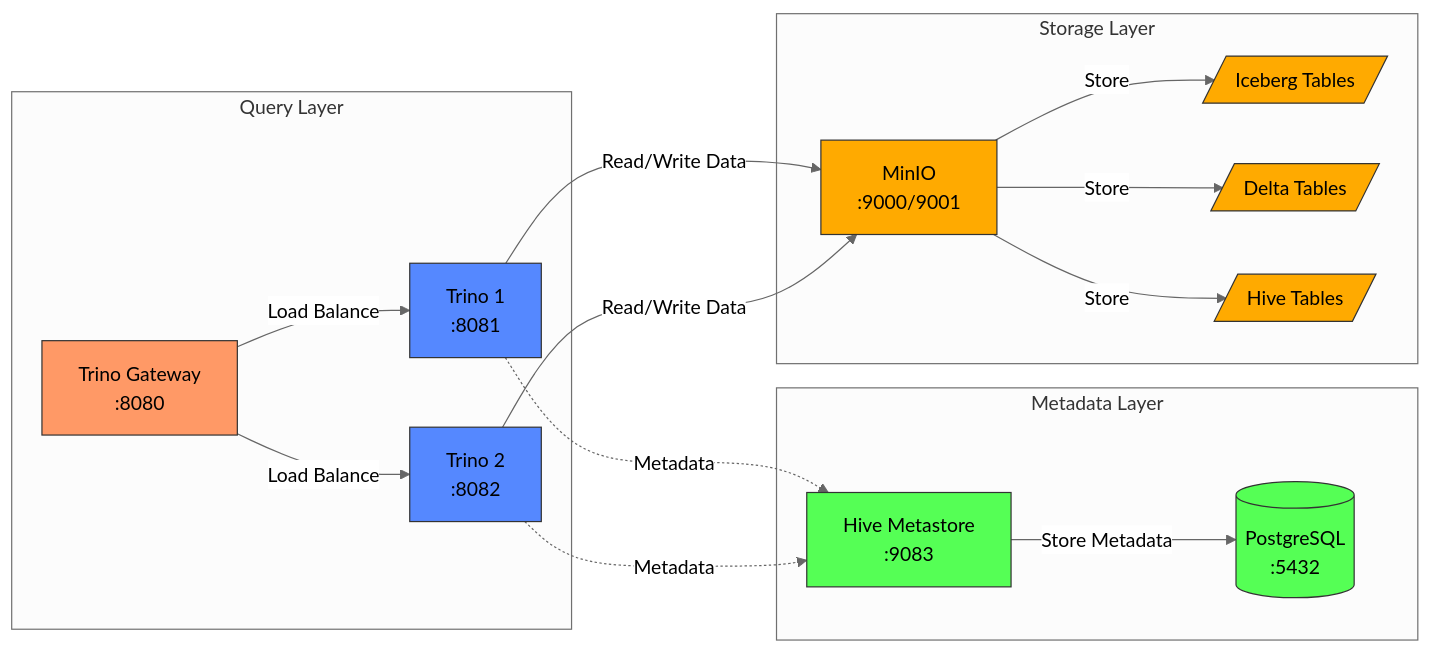
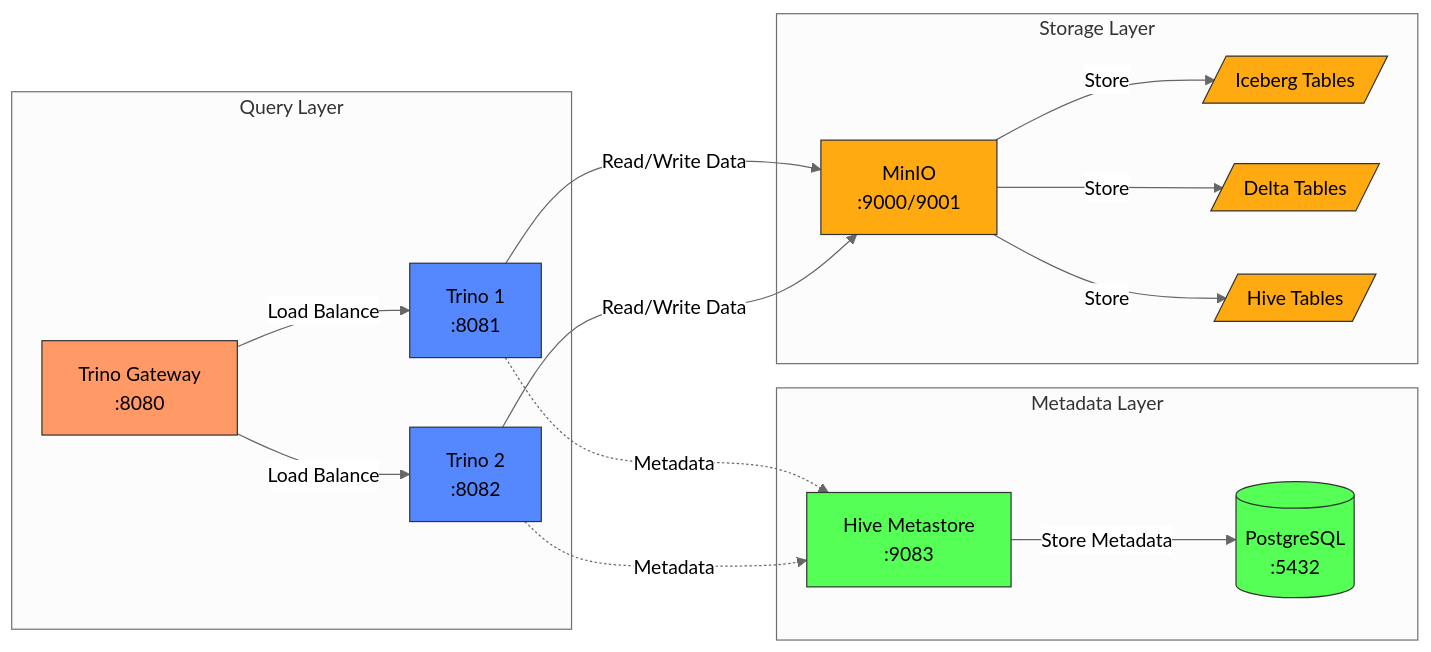
One commit to alaturqua/trino-gateway-example changed the diagram in README.md. Above: the diagram before and after it, drawn with Mermaid (neutral theme).

````diff
--- a/README.md
+++ b/README.md
@@ -8,46 +8,46 @@
 ```mermaid
 graph LR
     subgraph "Query Layer"
         TG[Trino Gateway<br/>:8080]
         T1[Trino 1<br/>:8081]
         T2[Trino 2<br/>:8082]
     end
 
     subgraph "Metadata Layer"
         HMS1[Hive Metastore<br/>:9083]
         PG[(PostgreSQL<br/>:5432)]
     end
 
     subgraph "Storage Layer"
         MINIO[MinIO<br/>:9000/9001]
         ICE[/Iceberg Tables/]
         DELTA[/Delta Tables/]
         HIVE[/Hive Tables/]
     end
 
     %% Connections
     TG -->|Load Balance| T1
     TG -->|Load Balance| T2
     
     T1 -.->|Metadata| HMS1
     T2 -.->|Metadata| HMS1
     
     HMS1 -->|Store Metadata| PG
     
     T1 -->|Read/Write Data| MINIO
     T2 -->|Read/Write Data| MINIO
     
     MINIO -->|Store| ICE
     MINIO -->|Store| DELTA
     MINIO -->|Store| HIVE
 
-    classDef gateway fill:#f96,stroke:#333
-    classDef query fill:#58f,stroke:#333
-    classDef meta fill:#5f5,stroke:#333
-    classDef storage fill:#fa0,stroke:#333
+    classDef gateway fill:#f96,stroke:#333,color:#000
+    classDef query fill:#58f,stroke:#333,color:#000
+    classDef meta fill:#5f5,stroke:#333,color:#000
+    classDef storage fill:#fa1,stroke:#333,color:#000
     
     class TG gateway
     class T1,T2, query
     class HMS1,PG meta
     class MINIO,ICE,DELTA,HIVE storage
 ```
````
